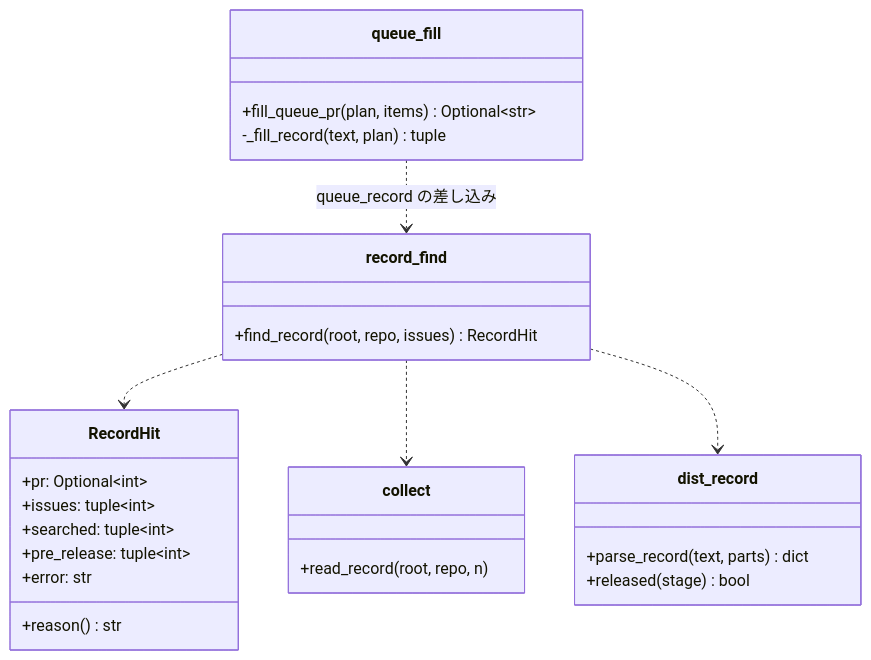
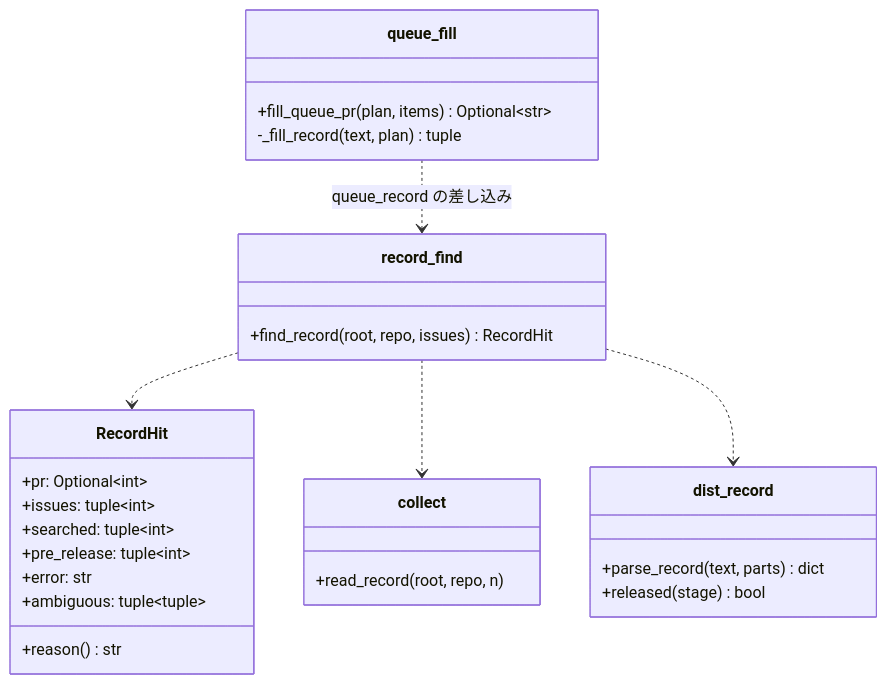
One commit to devbasex/ai-plugins changed the third of 5 diagrams in issues/issue-2230-design.md. Above: the diagram before and after it, drawn with Mermaid. The commit also changed other lines of this file, not shown here.

````diff
--- a/issues/issue-2230-design.md
+++ b/issues/issue-2230-design.md
@@ -169,29 +169,30 @@
 ```mermaid
 classDiagram
   class RecordHit {
     +pr: Optional~int~
     +issues: tuple~int~
     +searched: tuple~int~
     +pre_release: tuple~int~
     +error: str
+    +ambiguous: tuple~tuple~
     +reason() str
   }
   class record_find {
     +find_record(root, repo, issues) RecordHit
   }
   class queue_fill {
     +fill_queue_pr(plan, items) Optional~str~
     -_fill_record(text, plan) tuple
   }
   class dist_record {
     +parse_record(text, parts) dict
     +released(stage) bool
   }
   class collect {
     +read_record(root, repo, n)
   }
   queue_fill ..> record_find : queue_record の差し込み
   record_find ..> RecordHit
   record_find ..> collect
   record_find ..> dist_record
 ```
````
